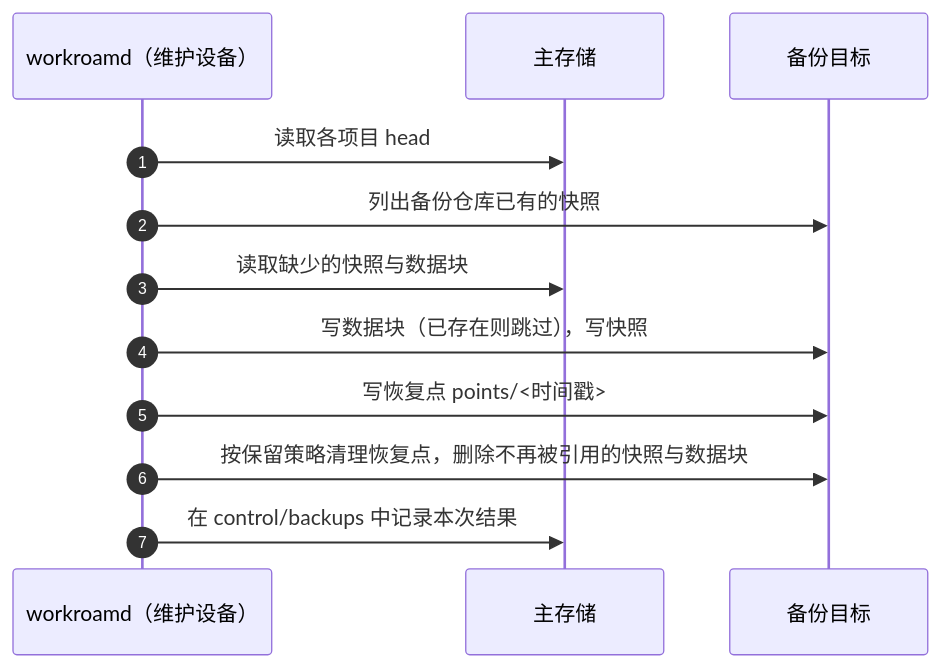
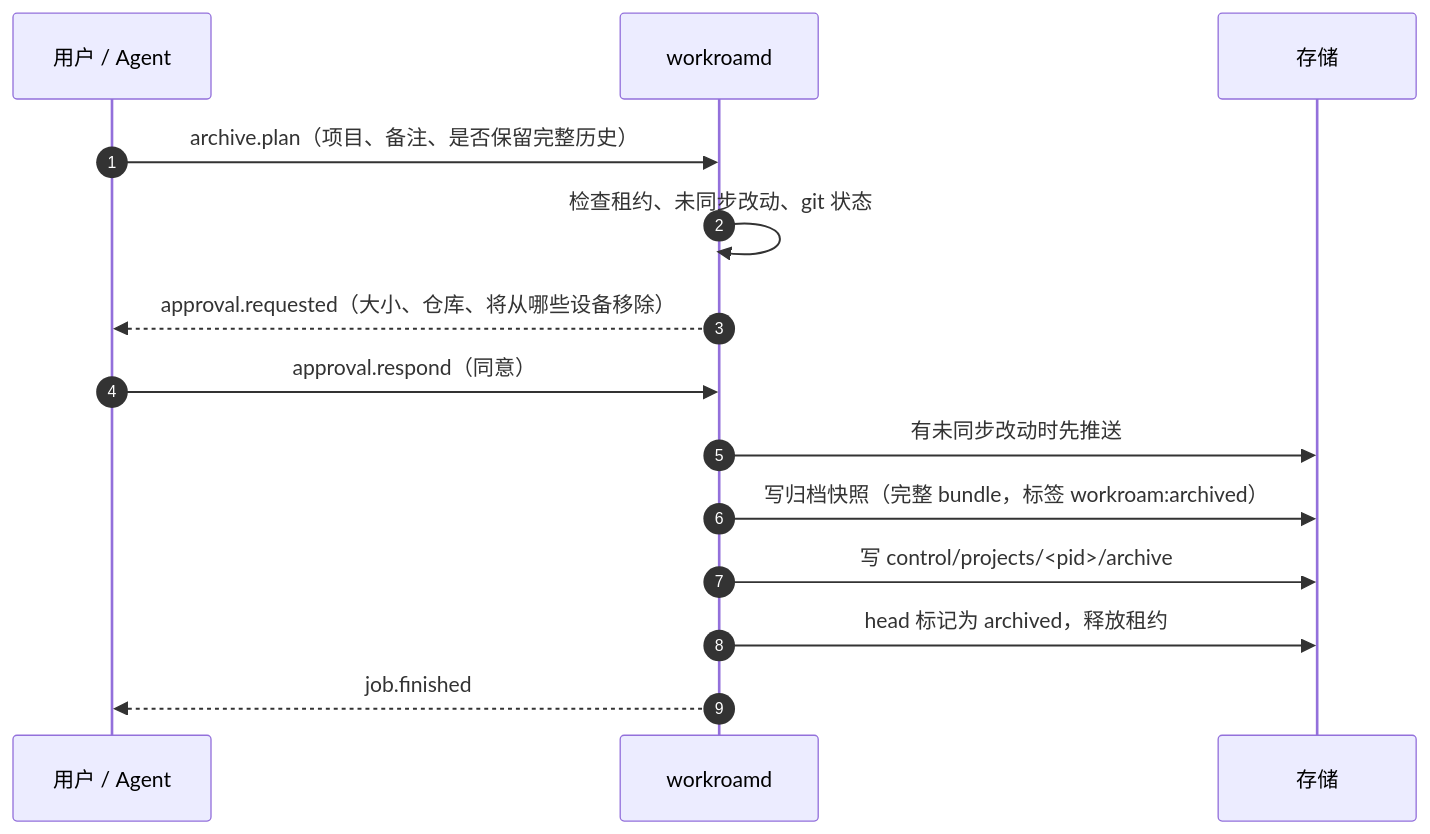
Before and after one commit to kverona-ai/workroam: the eighth of 11 diagrams in docs/architecture.md, drawn with Mermaid. The commit also changed other lines of this file and 8 other files, not shown here.

````diff
--- a/docs/architecture.md
+++ b/docs/architecture.md
@@ -640,14 +613,16 @@
 ```mermaid
 sequenceDiagram
     autonumber
-    participant D as workroamd（维护设备）
-    participant P as 主存储
-    participant B as 备份目标
-    D->>P: 读取各项目 head
-    D->>B: 列出备份仓库已有的快照
-    D->>P: 读取缺少的快照与数据块
-    D->>B: 写数据块（已存在则跳过），写快照
-    D->>B: 写恢复点 points/<时间戳>
-    D->>B: 按保留策略清理恢复点，删除不再被引用的快照与数据块
-    D->>P: 在 control/backups 中记录本次结果
+    participant U as 用户 / Agent
+    participant D as workroamd
+    participant S as 存储
+    U->>D: archive.plan（项目、备注、是否保留完整历史）
+    D->>D: 检查租约、未同步改动、git 状态
+    D-->>U: approval.requested（大小、仓库、将从哪些设备移除）
+    U->>D: approval.respond（同意）
+    D->>S: 有未同步改动时先推送
+    D->>S: 写归档快照（完整 bundle，标签 workroam:archived）
+    D->>S: 写 control/projects/<pid>/archive
+    D->>S: head 标记为 archived，释放租约
+    D-->>U: job.finished
 ```
````
